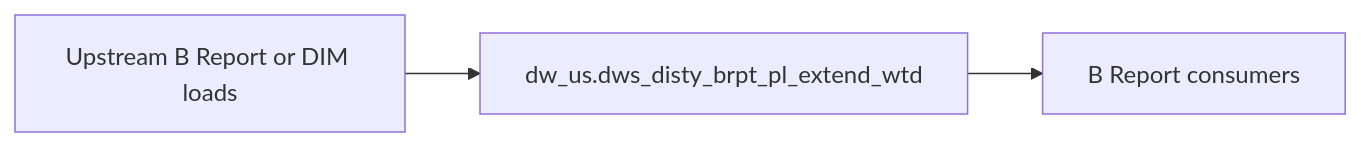
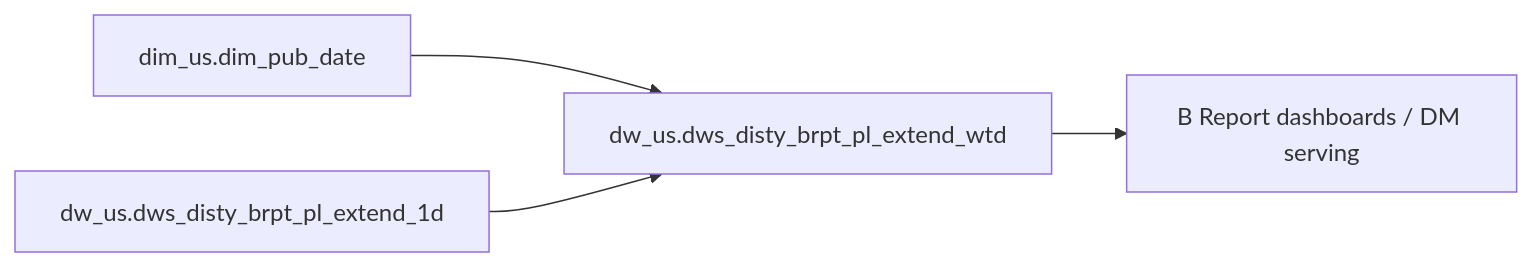
One commit to chengduhaha/data_agent changed the diagram in backend/defaults/b_report/workspace/target/knowledgebase/b-report-us/dws_disty_brpt_pl_extend_wtd.md. Above: the diagram before and after it, drawn with Mermaid. The commit also changed other lines of this file and 1108 other files, not shown here.

````diff
--- a/backend/defaults/b_report/workspace/target/knowledgebase/b-report-us/dws_disty_brpt_pl_extend_wtd.md
+++ b/backend/defaults/b_report/workspace/target/knowledgebase/b-report-us/dws_disty_brpt_pl_extend_wtd.md
@@ -167,8 +255,10 @@
 ```mermaid
 flowchart LR
-  upstream[Upstream B Report or DIM loads]
-  tgt["dw_us.dws_disty_brpt_pl_extend_wtd"]
-  brpt[B Report consumers]
-  upstream --> tgt
-  tgt --> brpt
+  dw_us_dws_disty_brpt_pl_extend_wtd["dw_us.dws_disty_brpt_pl_extend_wtd"]
+  src0["dim_us.dim_pub_date"]
+  src0 --> dw_us_dws_disty_brpt_pl_extend_wtd
+  src1["dw_us.dws_disty_brpt_pl_extend_1d"]
+  src1 --> dw_us_dws_disty_brpt_pl_extend_wtd
+  consumers["B Report dashboards / DM serving"]
+  dw_us_dws_disty_brpt_pl_extend_wtd --> consumers
 ```
````
